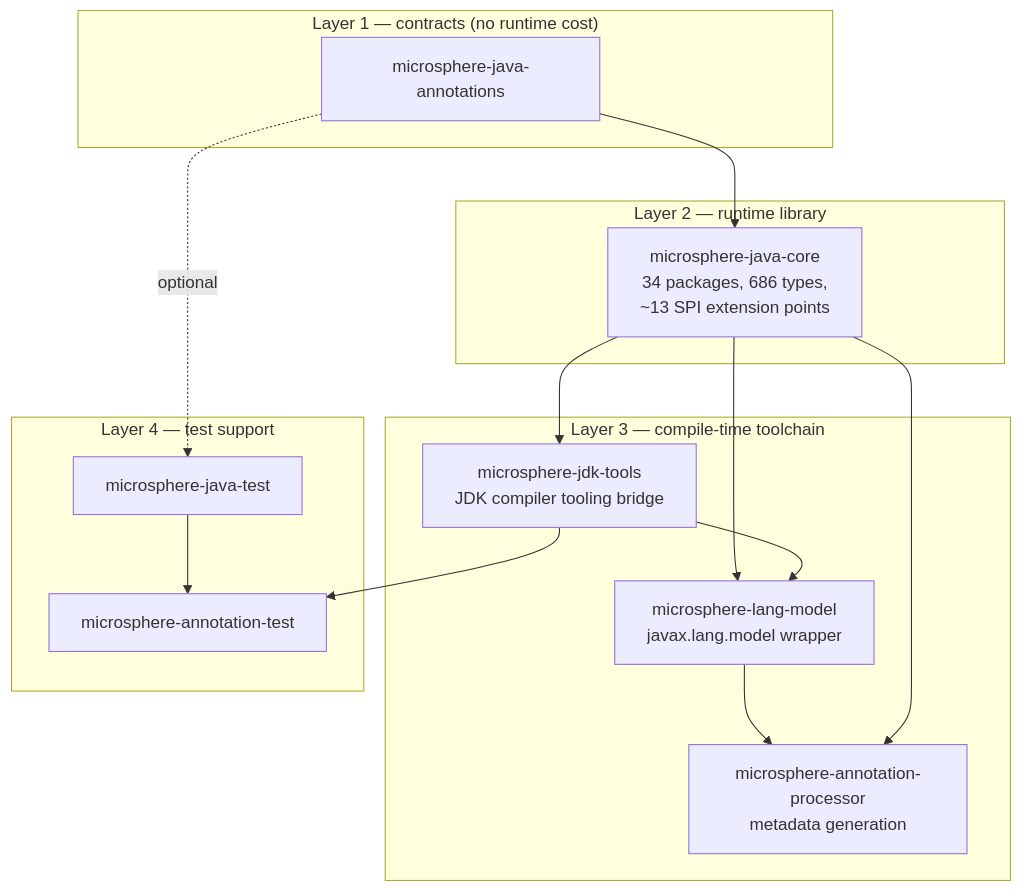
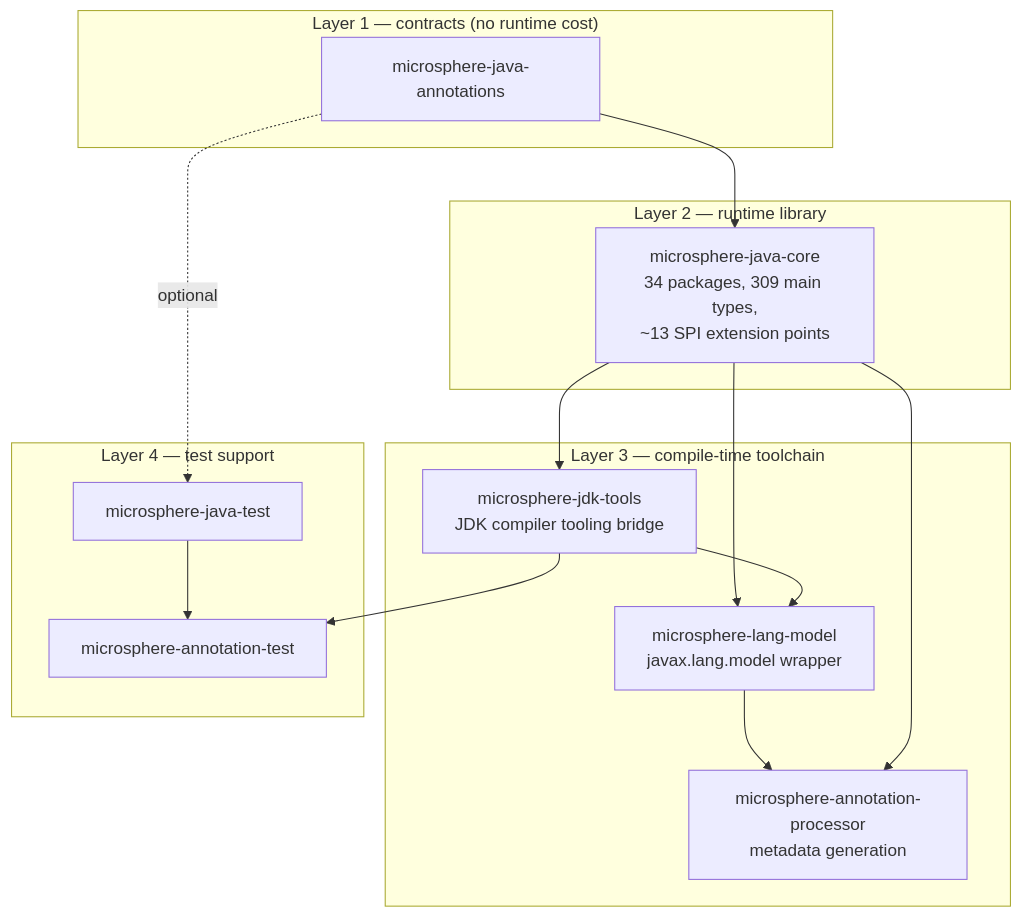
The first of 4 diagrams in docs/current/developer-guide/README.md (microsphere-projects/microsphere-java), drawn with Mermaid before and after one commit. The commit also changed other lines of this file and 29 other files, not shown here.

````diff
--- a/docs/current/developer-guide/README.md
+++ b/docs/current/developer-guide/README.md
@@ -23,28 +24,28 @@
 ```mermaid
 graph TD
     subgraph L1["Layer 1 — contracts (no runtime cost)"]
         ANNO["microsphere-java-annotations"]
     end
     subgraph L2["Layer 2 — runtime library"]
-        CORE["microsphere-java-core<br/>34 packages, 686 types,<br/>~13 SPI extension points"]
+        CORE["microsphere-java-core<br/>34 packages, 309 main types,<br/>~13 SPI extension points"]
     end
     subgraph L3["Layer 3 — compile-time toolchain"]
         JDKTOOLS["microsphere-jdk-tools<br/>JDK compiler tooling bridge"]
         LANGMODEL["microsphere-lang-model<br/>javax.lang.model wrapper"]
         AP["microsphere-annotation-processor<br/>metadata generation"]
     end
     subgraph L4["Layer 4 — test support"]
         JTEST["microsphere-java-test"]
         ATEST["microsphere-annotation-test"]
     end
 
     ANNO --> CORE
     CORE --> JDKTOOLS
     CORE --> LANGMODEL
     JDKTOOLS --> LANGMODEL
     LANGMODEL --> AP
     CORE --> AP
     ANNO -.optional.-> JTEST
     JTEST --> ATEST
     JDKTOOLS --> ATEST
 ```
````
